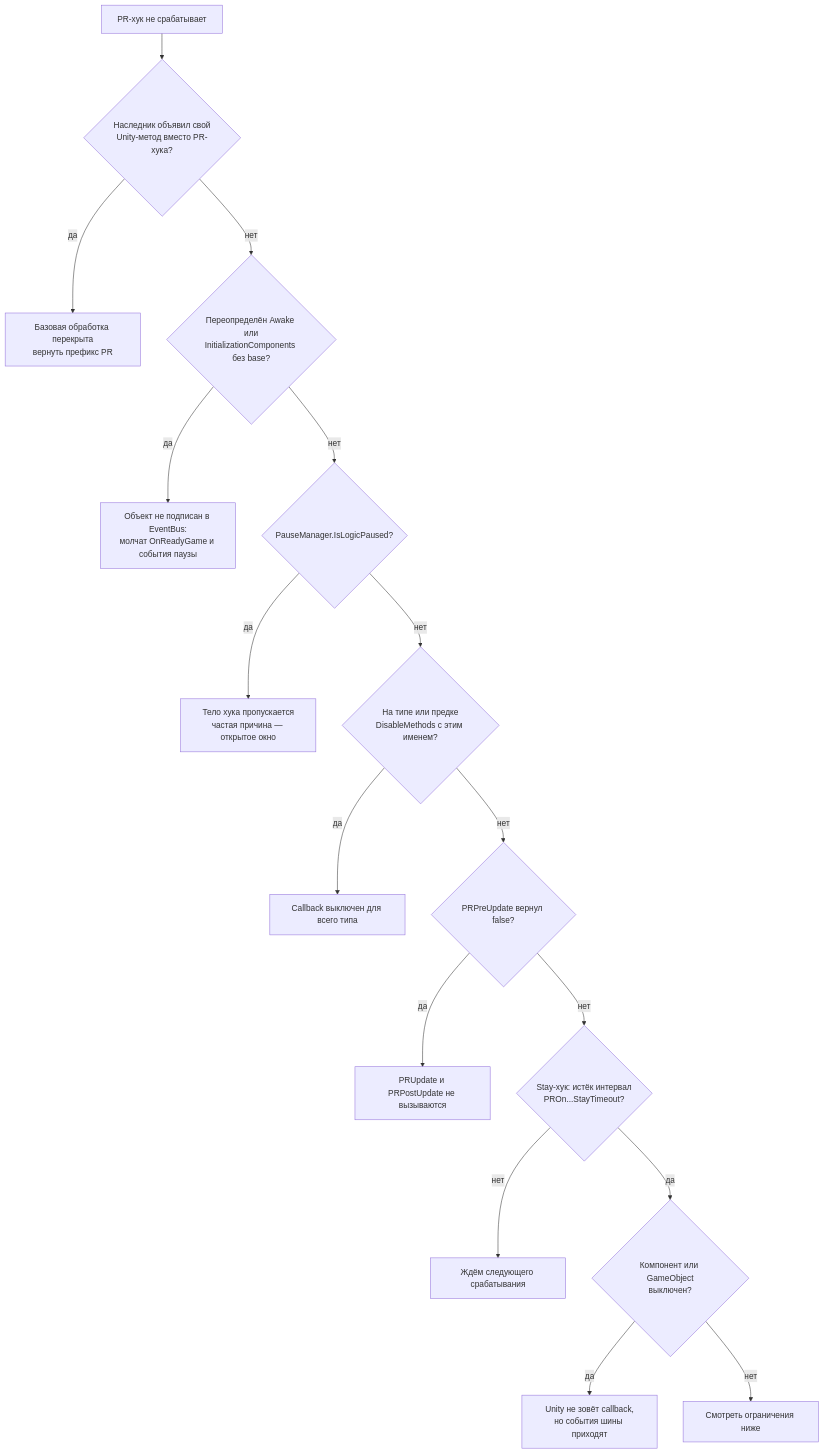
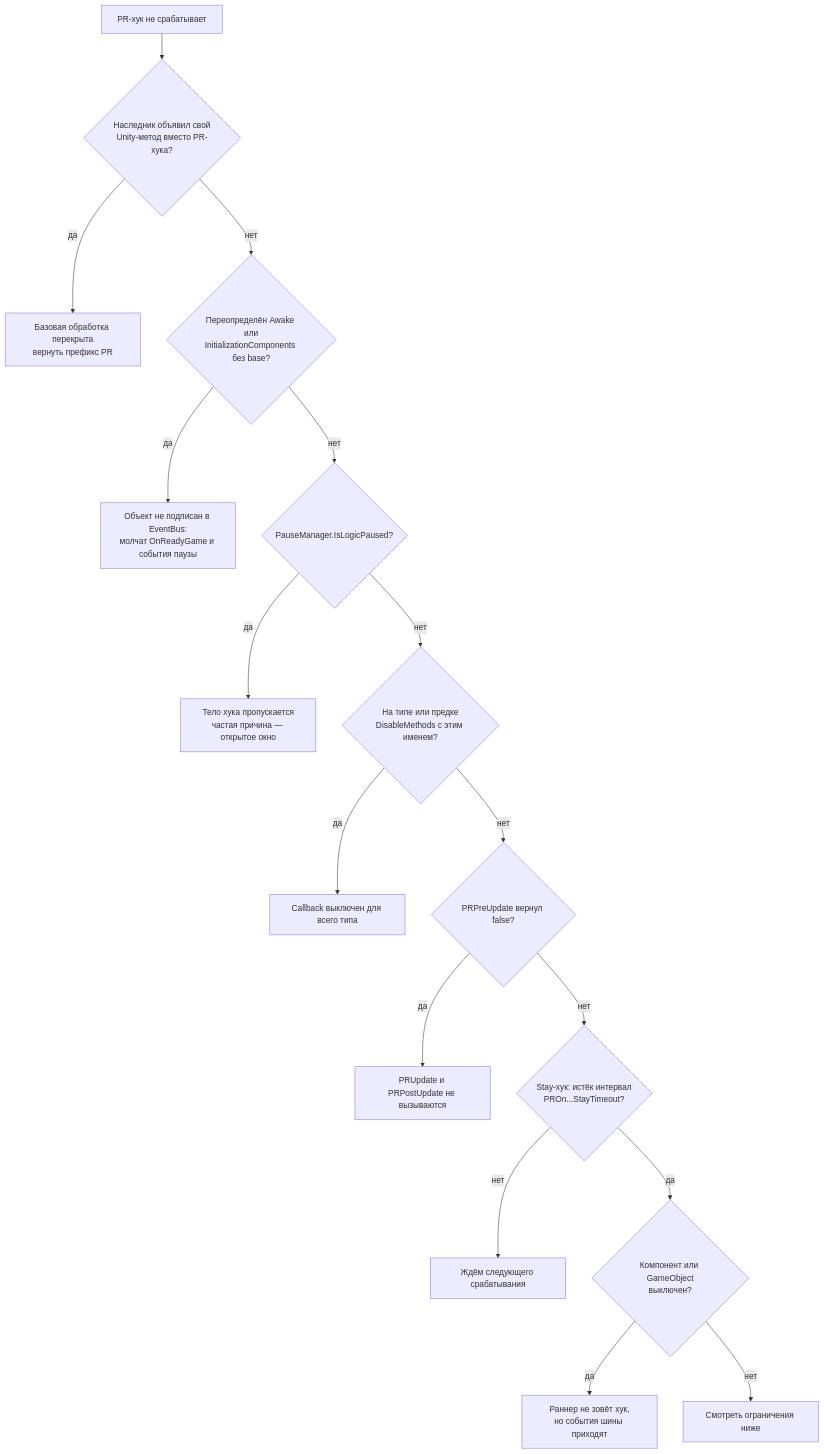
One commit to prethink/PRUnitySDK changed the diagram in Core/PRMonoBehaviour/README.md. Above: the diagram before and after it, drawn with Mermaid. The commit also changed other lines of this file and 9 other files, not shown here.

````diff
--- a/Core/PRMonoBehaviour/README.md
+++ b/Core/PRMonoBehaviour/README.md
@@ -344,24 +388,24 @@
 ```mermaid
 flowchart TD
     Q["PR-хук не срабатывает"] --> A{"Наследник объявил свой<br/>Unity-метод вместо PR-хука?"}
     A -->|да| A1["Базовая обработка перекрыта<br/>вернуть префикс PR"]
     A -->|нет| B{"Переопределён Awake или<br/>InitializationComponents без base?"}
 
     B -->|да| B1["Объект не подписан в EventBus:<br/>молчат OnReadyGame и события паузы"]
     B -->|нет| C{"PauseManager.IsLogicPaused?"}
 
     C -->|да| C1["Тело хука пропускается<br/>частая причина — открытое окно"]
     C -->|нет| D{"На типе или предке<br/>DisableMethods с этим именем?"}
 
     D -->|да| D1["Callback выключен для всего типа"]
     D -->|нет| E{"PRPreUpdate вернул false?"}
 
     E -->|да| E1["PRUpdate и PRPostUpdate не вызываются"]
     E -->|нет| F{"Stay-хук: истёк интервал<br/>PROn...StayTimeout?"}
 
     F -->|нет| F1["Ждём следующего срабатывания"]
     F -->|да| G{"Компонент или GameObject<br/>выключен?"}
 
-    G -->|да| G1["Unity не зовёт callback,<br/>но события шины приходят"]
+    G -->|да| G1["Раннер не зовёт хук,<br/>но события шины приходят"]
     G -->|нет| H["Смотреть ограничения ниже"]
 ```
````
